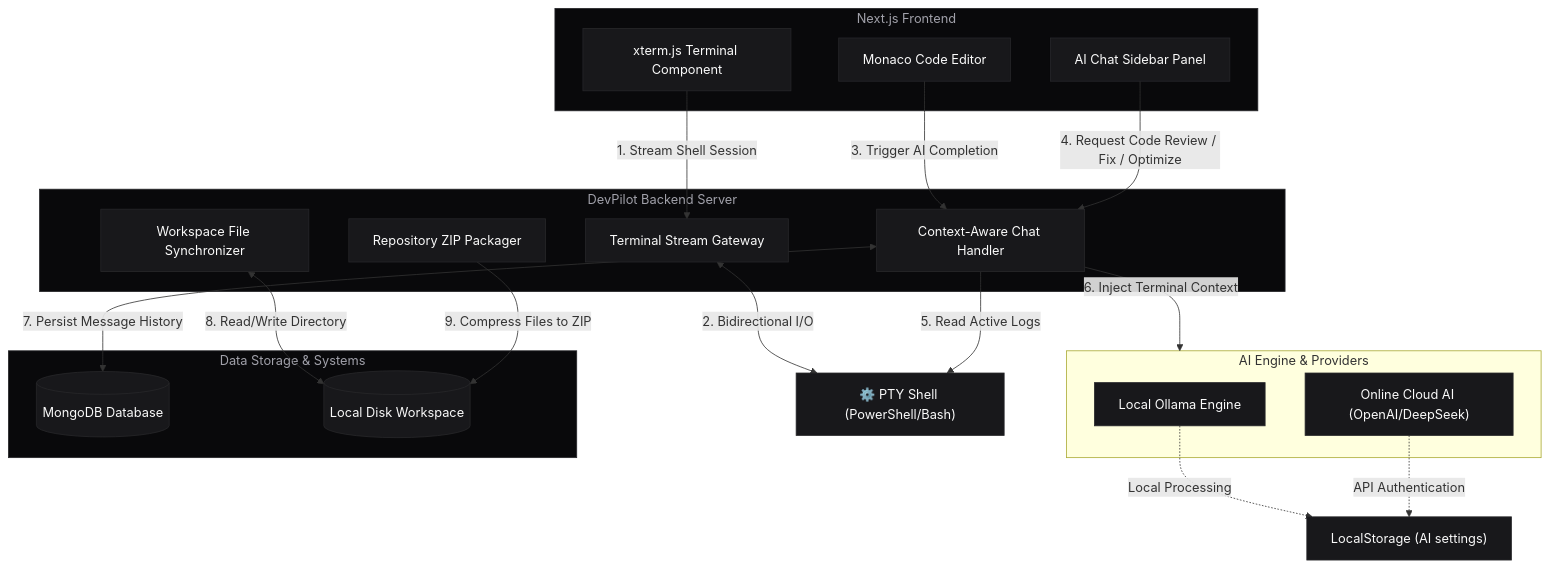
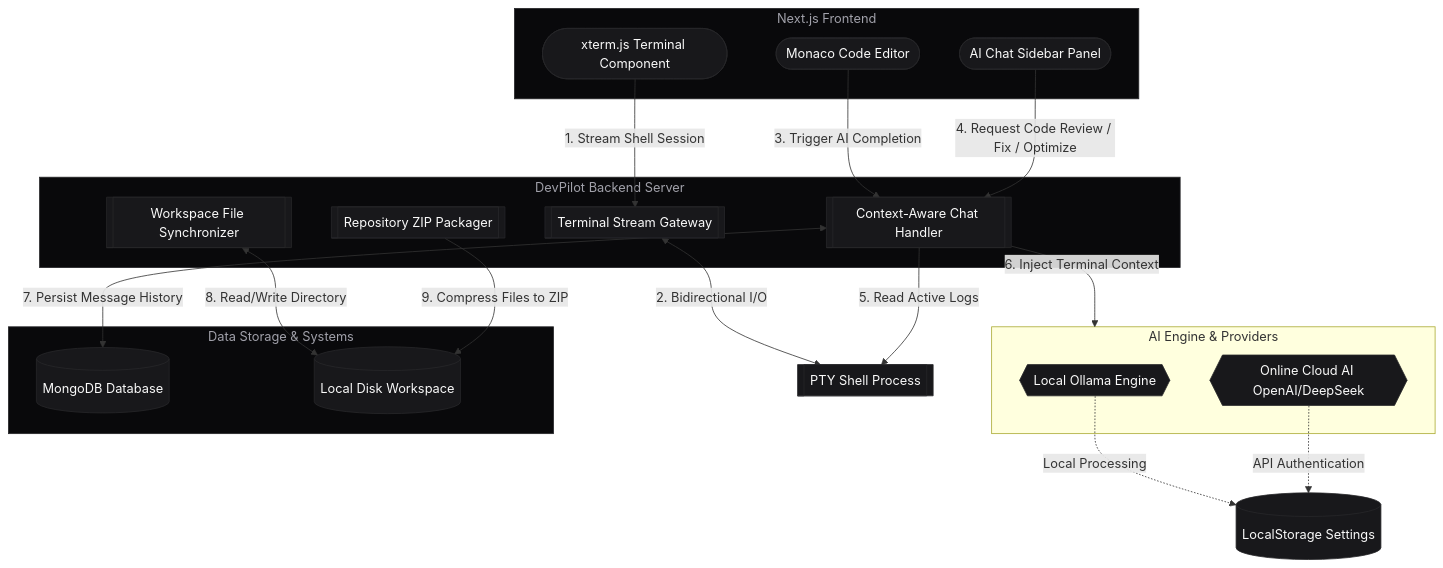
The diagram in README.md (Sofiyan7/DevPilot), drawn with Mermaid before and after one commit.

Commit message:
Build Version Host

````diff
--- a/README.md
+++ b/README.md
@@ -36,53 +36,53 @@
 ```mermaid
 graph TD
     %% Define Styling
     classDef default fill:#18181b,stroke:#27272a,stroke-width:1px,color:#fafafa;
     classDef subgraphStyle fill:#09090b,stroke:#27272a,stroke-width:1px,color:#a1a1aa;
     
     %% Next.js Frontend Subgraph
     subgraph Frontend ["Next.js Frontend"]
-        Editor["Monaco Code Editor"]
-        Terminal["xterm.js Terminal Component"]
-        AIChat["AI Chat Sidebar Panel"]
+        Editor([Monaco Code Editor])
+        Terminal([xterm.js Terminal Component])
+        AIChat([AI Chat Sidebar Panel])
     end
 
     %% DevPilot Backend Server Subgraph
     subgraph Backend ["DevPilot Backend Server"]
-        TerminalAPI["Terminal Stream Gateway"]
-        FilesAPI["Workspace File Synchronizer"]
-        ChatAPI["Context-Aware Chat Handler"]
-        DownloadAPI["Repository ZIP Packager"]
+        TerminalAPI[[Terminal Stream Gateway]]
+        FilesAPI[[Workspace File Synchronizer]]
+        ChatAPI[[Context-Aware Chat Handler]]
+        DownloadAPI[[Repository ZIP Packager]]
     end
 
     %% External Services & AI Subgraph
     subgraph AI_Engine ["AI Engine & Providers"]
-        Ollama["Local Ollama Engine"]
-        CloudAI["Online Cloud AI (OpenAI/DeepSeek)"]
+        Ollama{{Local Ollama Engine}}
+        CloudAI{{Online Cloud AI OpenAI/DeepSeek}}
     end
 
     %% Database & Storage Subgraph
     subgraph DataStorage ["Data Storage & Systems"]
-        MongoDB[("MongoDB Database")]
-        DiskStorage[("Local Disk Workspace")]
+        MongoDB[(MongoDB Database)]
+        DiskStorage[(Local Disk Workspace)]
     end
 
     %% Apply Classes
     class Frontend,Backend,AI_Engine,DataStorage subgraphStyle;
 
     %% Connectors with labels
     Terminal -->|1. Stream Shell Session| TerminalAPI
-    TerminalAPI <-->|2. Bidirectional I/O| ShellProcess["⚙️ PTY Shell (PowerShell/Bash)"]
+    TerminalAPI <-->|2. Bidirectional I/O| ShellProcess[[PTY Shell Process]]
     
     Editor -->|3. Trigger AI Completion| ChatAPI
     AIChat -->|4. Request Code Review / Fix / Optimize| ChatAPI
     
     ChatAPI -->|5. Read Active Logs| ShellProcess
     ChatAPI -->|6. Inject Terminal Context| AI_Engine
     ChatAPI <-->|7. Persist Message History| MongoDB
     
     FilesAPI <-->|8. Read/Write Directory| DiskStorage
     DownloadAPI -->|9. Compress Files to ZIP| DiskStorage
     
-    Ollama -.->|Local Processing| ClientSettings["LocalStorage (AI settings)"]
+    Ollama -.->|Local Processing| ClientSettings[(LocalStorage Settings)]
     CloudAI -.->|API Authentication| ClientSettings
 ```
````
